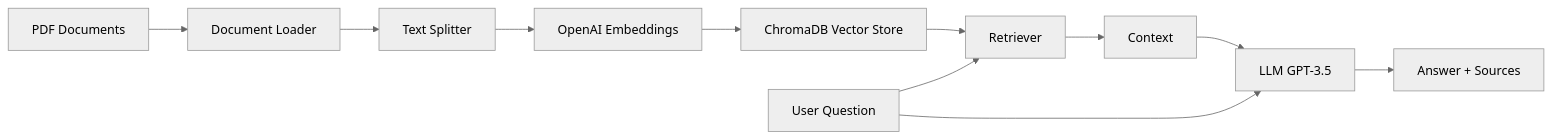
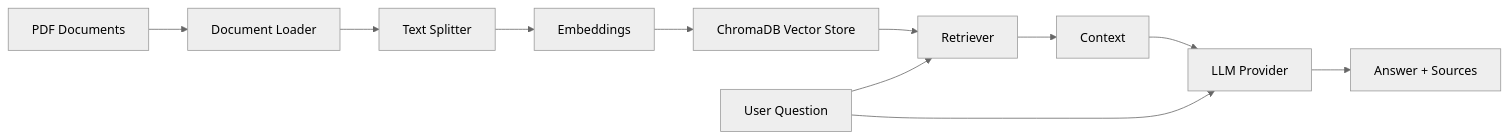
One commit to fabao2024/Rag-doc-assistant changed the diagram in README.md. Above: the diagram before and after it, drawn with Mermaid (neutral theme). The commit also changed other lines of this file, not shown here.

Commit message:
Update README with multi-provider LLM support

````diff
--- a/README.md
+++ b/README.md
@@ -34,13 +37,13 @@
 ```mermaid
 graph LR
     A[PDF Documents] --> B[Document Loader]
     B --> C[Text Splitter]
-    C --> D[OpenAI Embeddings]
+    C --> D[Embeddings]
     D --> E[ChromaDB Vector Store]
     F[User Question] --> G[Retriever]
     E --> G
     G --> H[Context]
-    H --> I[LLM GPT-3.5]
+    H --> I[LLM Provider]
     F --> I
     I --> J[Answer + Sources]
 ```
````
